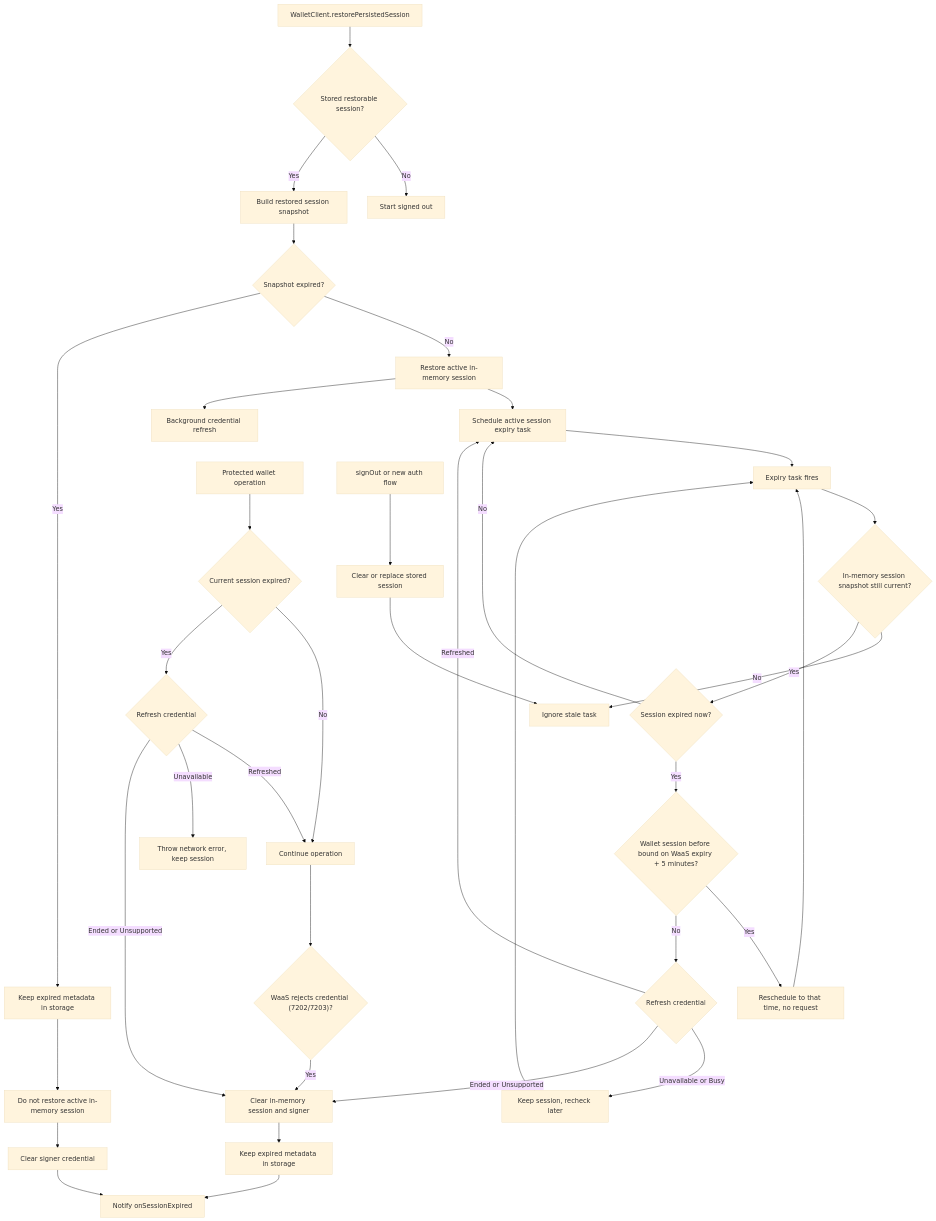
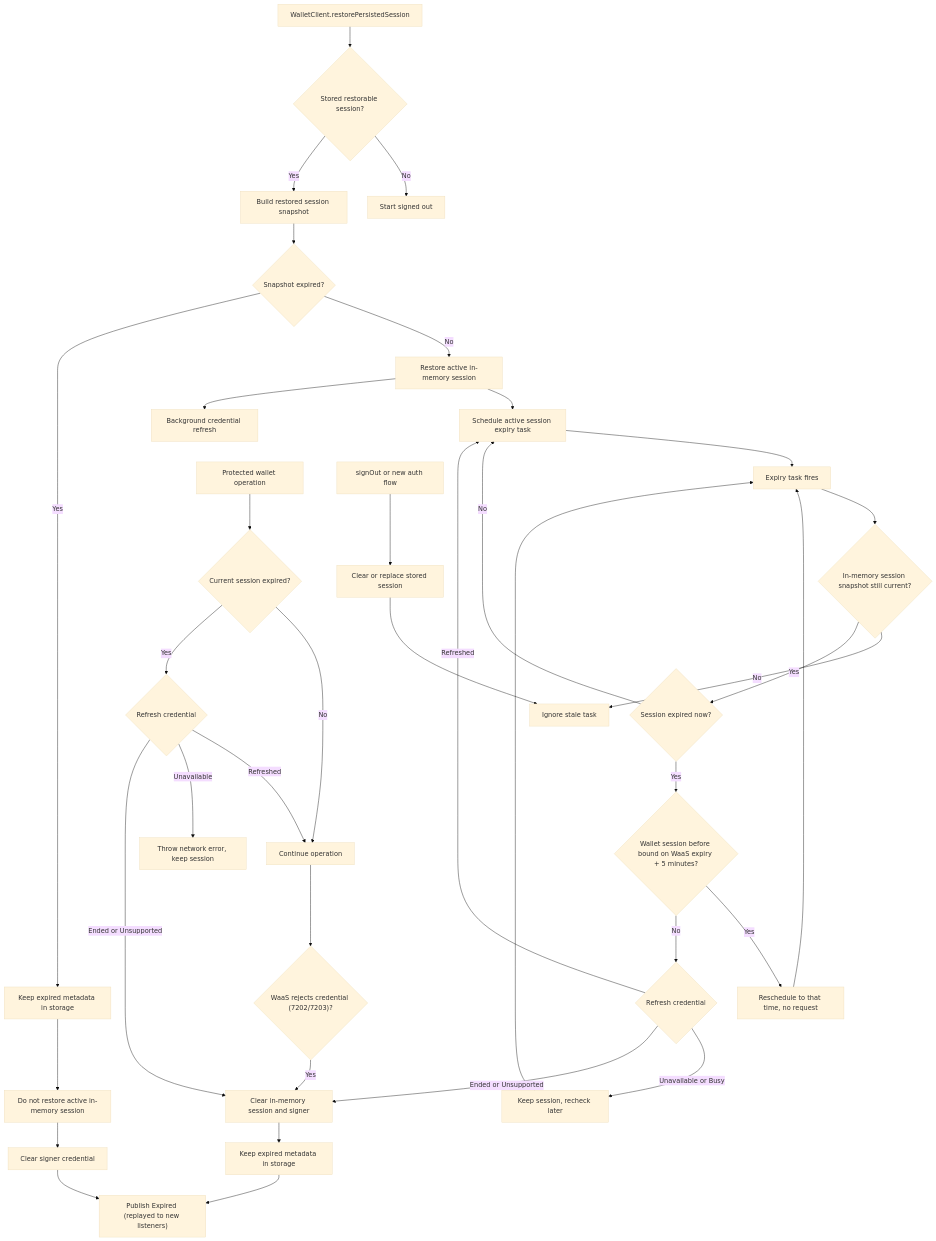
One commit to 0xsequence/kotlin-sdk changed the diagram in docs/session-expiry-flow.md. Above: the diagram before and after it, drawn with Mermaid (base theme). The commit also changed other lines of this file and 14 other files, not shown here.

First line of the commit message:
feat(session): replace onSessionExpired with onSessionChange

````diff
--- a/docs/session-expiry-flow.md
+++ b/docs/session-expiry-flow.md
@@ -143,45 +143,45 @@
 ```mermaid
 flowchart TD
   A["WalletClient.restorePersistedSession"] --> B{"Stored restorable session?"}
   B -- "No" --> C["Start signed out"]
 
   B -- "Yes" --> D["Build restored session snapshot"]
   D --> E{"Snapshot expired?"}
 
   E -- "No" --> F["Restore active in-memory session"]
   F --> G["Schedule active session expiry task"]
   F --> R0["Background credential refresh"]
 
   E -- "Yes" --> H["Keep expired metadata in storage"]
   H --> I["Do not restore active in-memory session"]
   I --> J["Clear signer credential"]
-  J --> K["Notify onSessionExpired"]
+  J --> K["Publish Expired (replayed to new listeners)"]
 
   G --> L["Expiry task fires"]
   L --> M{"In-memory session snapshot still current?"}
   M -- "No" --> N["Ignore stale task"]
   M -- "Yes" --> O{"Session expired now?"}
   O -- "No" --> G
   O -- "Yes" --> IW{"Wallet session before bound on WaaS expiry + 5 minutes?"}
   IW -- "Yes" --> IR["Reschedule to that time, no request"]
   IR --> L
   IW -- "No" --> RF{"Refresh credential"}
   RF -- "Refreshed" --> G
   RF -- "Unavailable or Busy" --> RT["Keep session, recheck later"]
   RT --> L
   RF -- "Ended or Unsupported" --> P["Clear in-memory session and signer"]
   P --> Q["Keep expired metadata in storage"]
   Q --> K
 
   S0["Protected wallet operation"] --> S{"Current session expired?"}
   S -- "No" --> T["Continue operation"]
   S -- "Yes" --> RO{"Refresh credential"}
   RO -- "Refreshed" --> T
   RO -- "Unavailable" --> X["Throw network error, keep session"]
   RO -- "Ended or Unsupported" --> P
   T --> W{"WaaS rejects credential (7202/7203)?"}
   W -- "Yes" --> P
 
   U["signOut or new auth flow"] --> V["Clear or replace stored session"]
   V --> N
 ```
````
